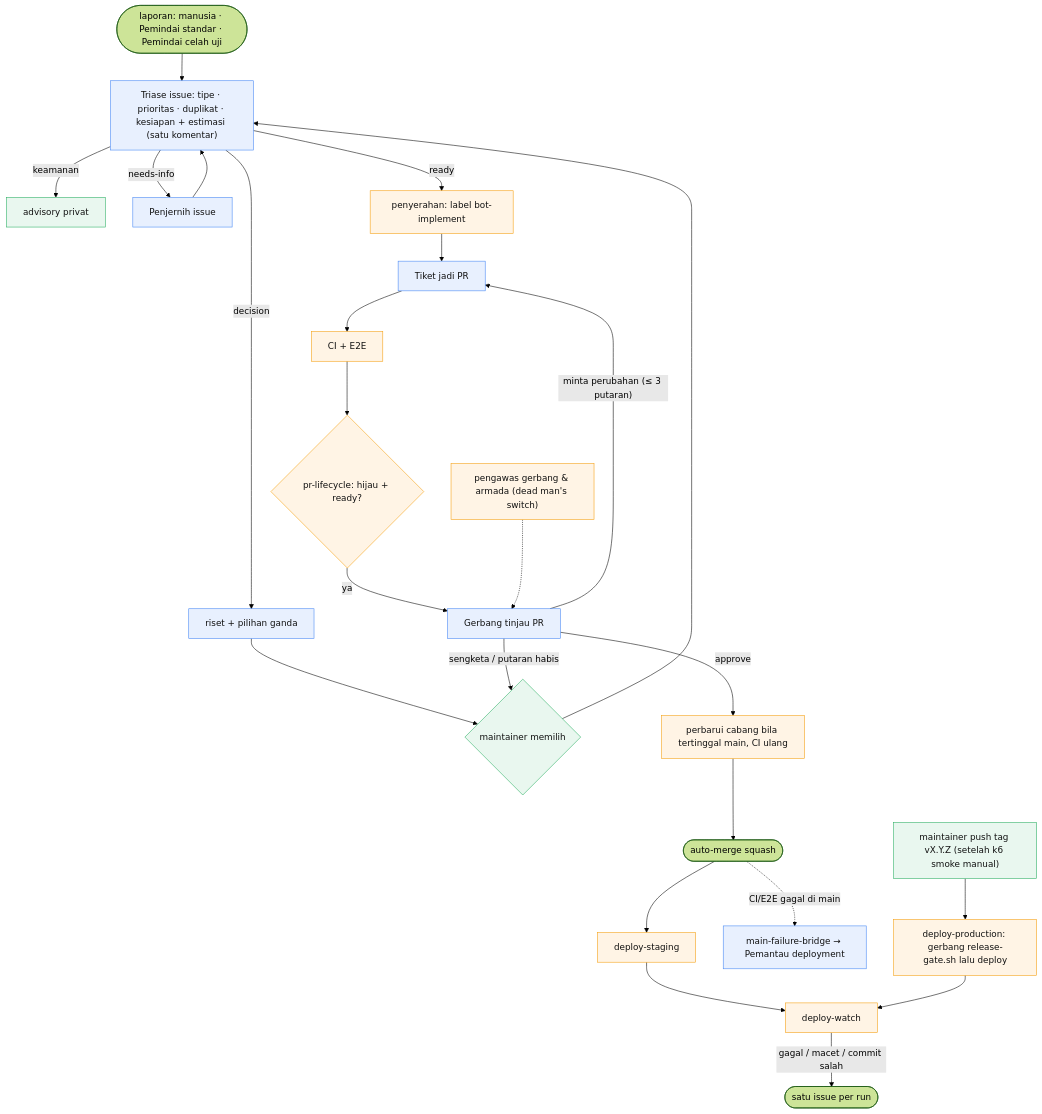
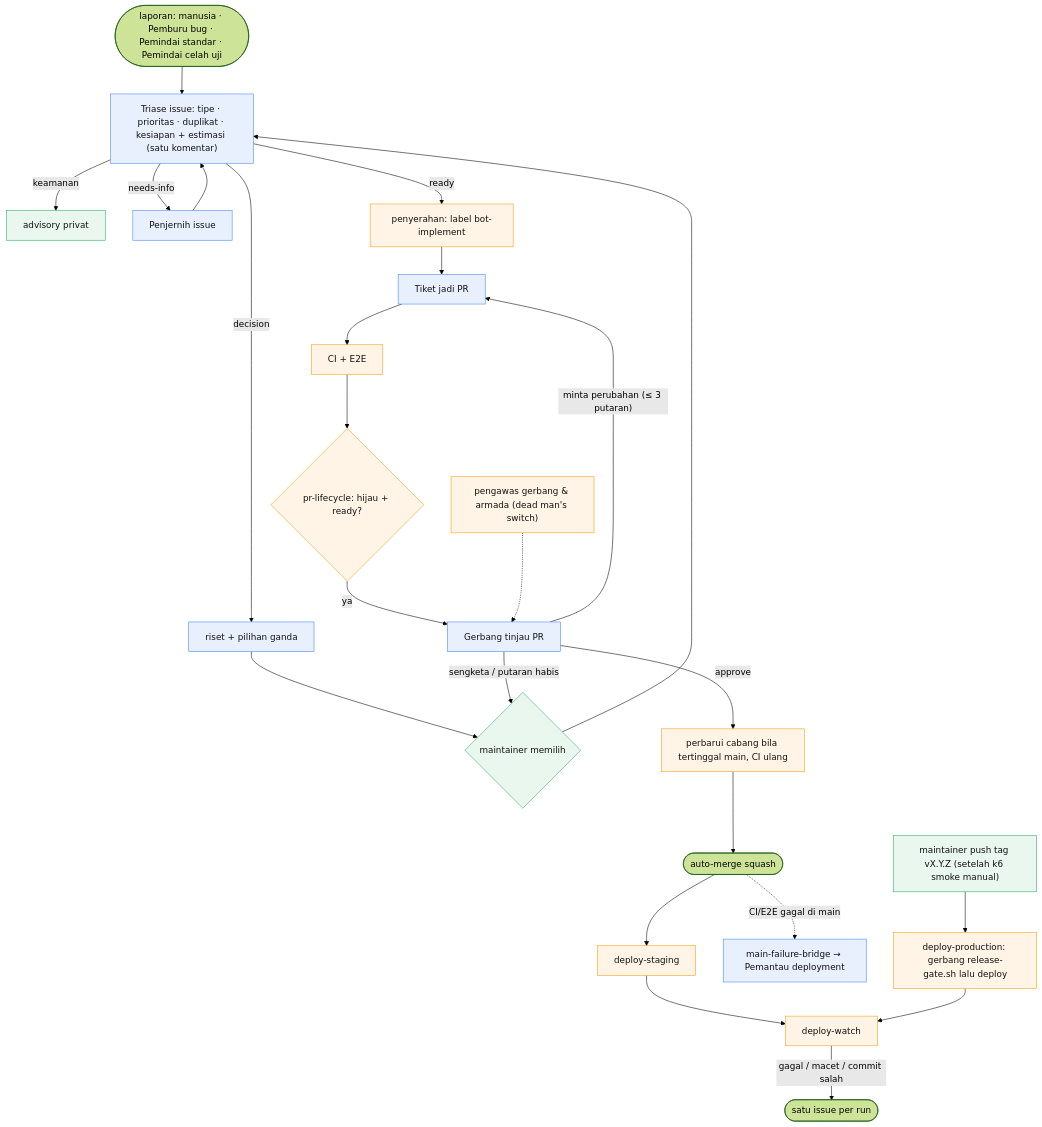
The first of 6 diagrams in docs/SDLC-FLOW.md (cipansor/cipansor), drawn with Mermaid (forest theme) before and after one commit. The commit also changed 1 other file, not shown here.

First paragraph of the commit message:
test(armada): uji jalur `blocked` oleh manusia, dan jaga sumber laporan di diagram
Dua temuan tinjauan PR #1028.

````diff
--- a/docs/SDLC-FLOW.md
+++ b/docs/SDLC-FLOW.md
@@ -186,22 +186,22 @@
 ```mermaid
 flowchart TD
   classDef cloud fill:#e8f0fe,stroke:#4285f4,color:#111;
   classDef gh fill:#fff4e5,stroke:#f59e0b,color:#111;
   classDef human fill:#e9f7ef,stroke:#27ae60,color:#111;
 
-  IN(["laporan: manusia · Pemindai standar · Pemindai celah uji"]) --> TR["Triase issue: tipe · prioritas · duplikat · kesiapan + estimasi (satu komentar)"]:::cloud
+  IN(["laporan: manusia · Pemburu bug · Pemindai standar · Pemindai celah uji"]) --> TR["Triase issue: tipe · prioritas · duplikat · kesiapan + estimasi (satu komentar)"]:::cloud
   TR -- keamanan --> ADV["advisory privat"]:::human
   TR -- needs-info --> CL["Penjernih issue"]:::cloud --> TR
   TR -- decision --> DEC["riset + pilihan ganda"]:::cloud --> MD{"maintainer memilih"}:::human --> TR
   TR -- ready --> HO["penyerahan: label bot-implement"]:::gh --> IMP["Tiket jadi PR"]:::cloud
   IMP --> CI["CI + E2E"]:::gh --> LC{"pr-lifecycle: hijau + ready?"}:::gh
   LC -- ya --> GT["Gerbang tinjau PR"]:::cloud
   GT -- "minta perubahan (≤ 3 putaran)" --> IMP
   GT -- "sengketa / putaran habis" --> MD
   GT -- approve --> UPD["perbarui cabang bila tertinggal main, CI ulang"]:::gh --> MG(["auto-merge squash"])
   MG --> STG["deploy-staging"]:::gh --> DW["deploy-watch"]:::gh
   MG -. "CI/E2E gagal di main" .-> BR["main-failure-bridge → Pemantau deployment"]:::cloud
   REL["maintainer push tag vX.Y.Z (setelah k6 smoke manual)"]:::human --> PRD["deploy-production: gerbang release-gate.sh lalu deploy"]:::gh --> DW
   DW -- "gagal / macet / commit salah" --> ISS(["satu issue per run"])
   WD["pengawas gerbang & armada (dead man's switch)"]:::gh -.-> GT
 ```
````
